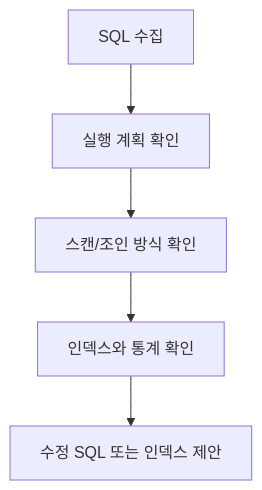
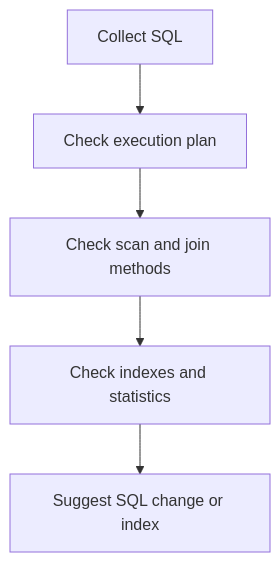
Before and after one commit to et16kr/AltibaseDocuments: the diagram in GPTs/attachments/08_performance_tuning_monitoring.md, drawn with Mermaid. The commit also changed other lines of this file and 20 other files, not shown here.

````diff
--- a/GPTs/attachments/08_performance_tuning_monitoring.md
+++ b/GPTs/attachments/08_performance_tuning_monitoring.md
@@ -29,7 +35,7 @@
 ```mermaid
 flowchart TD
-  A[SQL 수집] --> B[실행 계획 확인]
-  B --> C[스캔/조인 방식 확인]
-  C --> D[인덱스와 통계 확인]
-  D --> E[수정 SQL 또는 인덱스 제안]
+  A[Collect SQL] --> B[Check execution plan]
+  B --> C[Check scan and join methods]
+  C --> D[Check indexes and statistics]
+  D --> E[Suggest SQL change or index]
 ```
````
